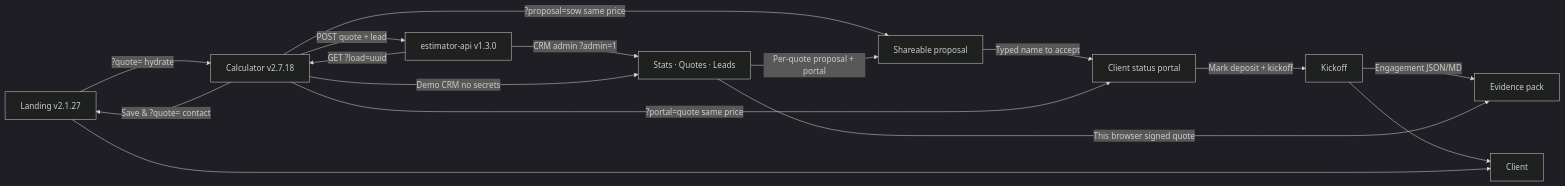
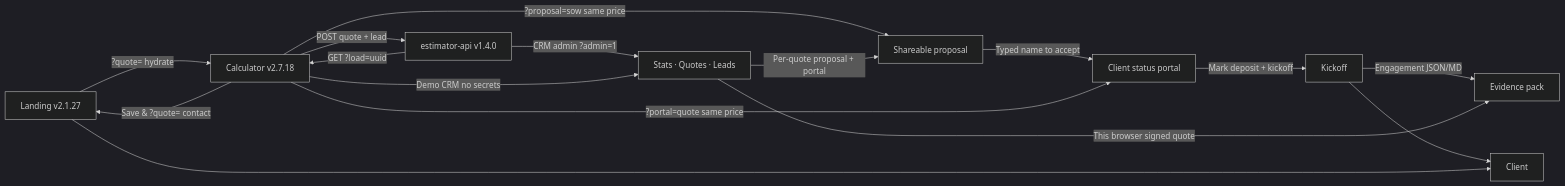
One commit to pixellayer7-jpg/pixellayer7-jpg changed the diagram in README.md. Above: the diagram before and after it, drawn with Mermaid (dark theme). The commit also changed 4 other files, not shown here.

First line of the commit message:
docs: estimator-api v1.4.0 (SQLite backup)

````diff
--- a/README.md
+++ b/README.md
@@ -21,18 +21,18 @@
 ```mermaid
 flowchart LR
   A[Landing v2.1.27] -->|?quote= hydrate| B[Calculator v2.7.18]
   B -->|Save & ?quote= contact| A
   B -->|?proposal=sow same price| R[Shareable proposal]
   R -->|Typed name to accept| P[Client status portal]
   P -->|Mark deposit + kickoff| K[Kickoff]
   K -->|Engagement JSON/MD| X[Evidence pack]
   B -->|?portal=quote same price| P
-  B -->|POST quote + lead| D[estimator-api v1.3.0]
+  B -->|POST quote + lead| D[estimator-api v1.4.0]
   D -->|CRM admin ?admin=1| E[Stats · Quotes · Leads]
   B -->|Demo CRM no secrets| E
   E -->|This browser signed quote| X
   E -->|Per-quote proposal + portal| R
   K --> F[Client]
   D -->|GET ?load=uuid| B
   A --> F[Client]
 ```
````
